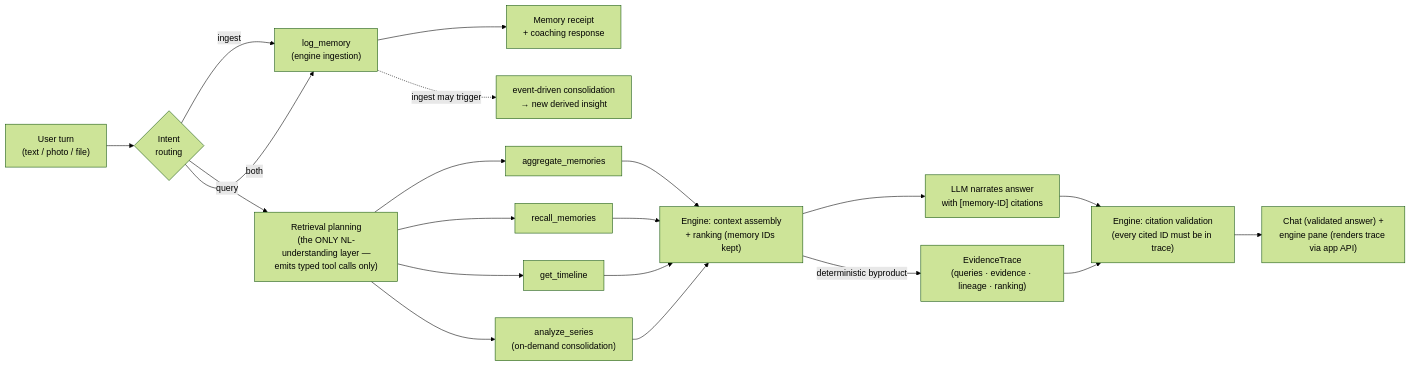
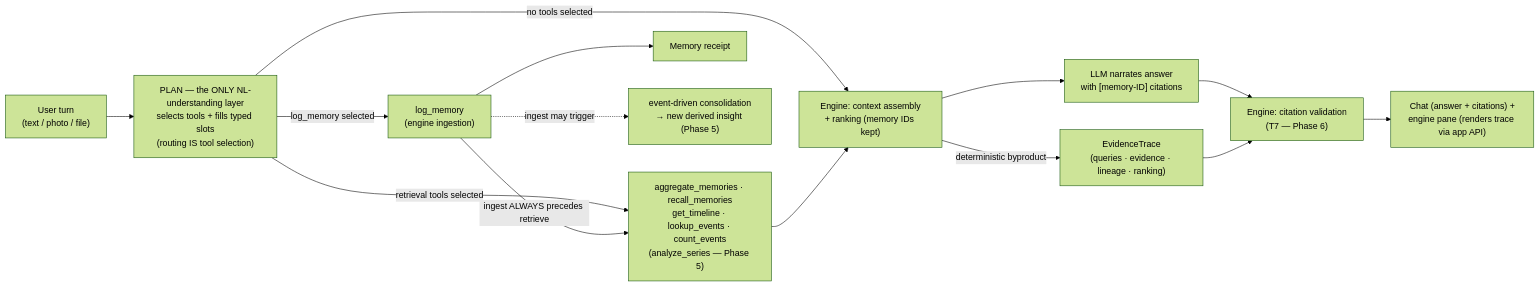
Before and after one commit to adityajamge/ai-fitness-memory-agent: the diagram in docs/office-hours/05-agent-architecture.md, drawn with Mermaid (forest theme). The commit also changed other lines of this file and 12 other files, not shown here.

````diff
--- a/docs/office-hours/05-agent-architecture.md
+++ b/docs/office-hours/05-agent-architecture.md
@@ -17,19 +17,16 @@
 ```mermaid
 flowchart LR
-    IN["User turn<br/>(text / photo / file)"] --> ROUTE{"Intent<br/>routing"}
-    ROUTE -->|ingest| LOG["log_memory<br/>(engine ingestion)"]
-    LOG --> RECEIPT["Memory receipt<br/>+ coaching response"]
-    ROUTE -->|query| PLAN["Retrieval planning<br/>(the ONLY NL-understanding layer —<br/>emits typed tool calls only)"]
-    PLAN --> AGG["aggregate_memories"]
-    PLAN --> REC["recall_memories"]
-    PLAN --> TL["get_timeline"]
-    PLAN --> AN["analyze_series<br/>(on-demand consolidation)"]
-    AGG & REC & TL & AN --> CTX["Engine: context assembly<br/>+ ranking (memory IDs kept)"]
-    CTX --> NARRATE["LLM narrates answer<br/>with [memory-ID] citations"]
-    CTX -->|"deterministic byproduct"| TRACE["EvidenceTrace<br/>(queries · evidence · lineage · ranking)"]
-    NARRATE --> VALIDATE["Engine: citation validation<br/>(every cited ID must be in trace)"]
+    IN["User turn<br/>(text / photo / file)"] --> PLAN["PLAN — the ONLY NL-understanding layer<br/>selects tools + fills typed slots<br/>(routing IS tool selection)"]
+    PLAN -->|"log_memory selected"| LOG["log_memory<br/>(engine ingestion)"]
+    PLAN -->|"retrieval tools selected"| RETRIEVE["aggregate_memories · recall_memories<br/>get_timeline · lookup_events · count_events<br/>(analyze_series — Phase 5)"]
+    PLAN -->|"no tools selected"| ASSEMBLE
+    LOG -->|"ingest ALWAYS precedes retrieve"| RETRIEVE
+    LOG --> RECEIPT["Memory receipt"]
+    RETRIEVE --> ASSEMBLE["Engine: context assembly<br/>+ ranking (memory IDs kept)"]
+    ASSEMBLE --> NARRATE["LLM narrates answer<br/>with [memory-ID] citations"]
+    ASSEMBLE -->|"deterministic byproduct"| TRACE["EvidenceTrace<br/>(queries · evidence · lineage · ranking)"]
+    NARRATE --> VALIDATE["Engine: citation validation<br/>(T7 — Phase 6)"]
     TRACE --> VALIDATE
-    VALIDATE --> OUT["Chat (validated answer) +<br/>engine pane (renders trace via app API)"]
-    ROUTE -->|both| LOG
-    LOG -.->|"ingest may trigger"| INSIGHT["event-driven consolidation<br/>→ new derived insight"]
+    VALIDATE --> OUT["Chat (answer + citations) +<br/>engine pane (renders trace via app API)"]
+    LOG -.->|"ingest may trigger"| INSIGHT["event-driven consolidation<br/>→ new derived insight (Phase 5)"]
 ```
````
